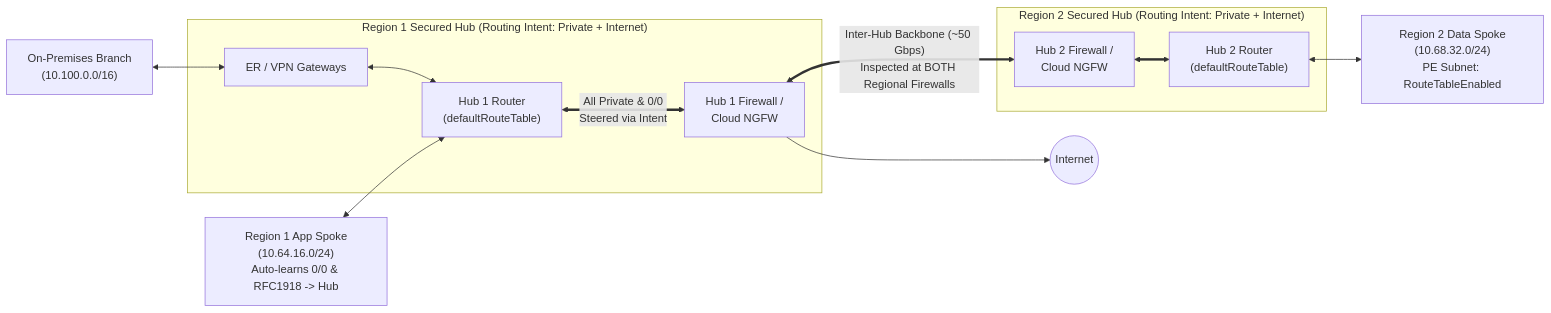
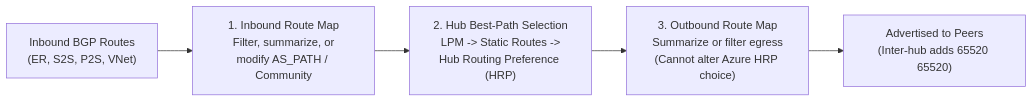
The diagram in src/content/docs/02-core-topologies/virtual-wan-and-routing-intent.md (jonathan-vella/azure-networking), drawn with Mermaid before and after one commit. The commit also changed other lines of this file and 5 other files, not shown here.

````diff
--- a/src/content/docs/02-core-topologies/virtual-wan-and-routing-intent.md
+++ b/src/content/docs/02-core-topologies/virtual-wan-and-routing-intent.md
@@ -55,28 +93,7 @@
 ```mermaid
 flowchart LR
-  subgraph Region1["Region 1 Secured Hub (Routing Intent: Private + Internet)"]
-    ER1["ER / VPN Gateways"]
-    HubRouter1["Hub 1 Router<br/>(defaultRouteTable)"]
-    FW1["Hub 1 Firewall /<br/>Cloud NGFW"]
-  end
-
-  subgraph Region2["Region 2 Secured Hub (Routing Intent: Private + Internet)"]
-    HubRouter2["Hub 2 Router<br/>(defaultRouteTable)"]
-    FW2["Hub 2 Firewall /<br/>Cloud NGFW"]
-  end
-
-  Spoke1["Region 1 App Spoke<br/>(10.64.16.0/24)<br/>Auto-learns 0/0 & RFC1918 -> Hub"]
-  Spoke2["Region 2 Data Spoke<br/>(10.68.32.0/24)<br/>PE Subnet: RouteTableEnabled"]
-  Branch["On-Premises Branch<br/>(10.100.0.0/16)"]
-  Internet(("Internet"))
-
-  Branch <--> ER1
-  ER1 <--> HubRouter1
-  Spoke1 <--> HubRouter1
-  HubRouter1 <== "All Private & 0/0<br/>Steered via Intent" ==> FW1
-  FW1 --> Internet
-
-  FW1 <== "Inter-Hub Backbone (~50 Gbps)<br/>Inspected at BOTH Regional Firewalls" ==> FW2
-  FW2 <==> HubRouter2
-  HubRouter2 <--> Spoke2
+  Ingress["Inbound BGP Routes<br/>(ER, S2S, P2S, VNet)"] --> InRM["1. Inbound Route Map<br/>Filter, summarize, or<br/>modify AS_PATH / Community"]
+  InRM --> RT["2. Hub Best-Path Selection<br/>LPM -> Static Routes -><br/>Hub Routing Preference (HRP)"]
+  RT --> OutRM["3. Outbound Route Map<br/>Summarize or filter egress<br/>(Cannot alter Azure HRP choice)"]
+  OutRM --> Egress["Advertised to Peers<br/>(Inter-hub adds 65520 65520)"]
 ```
````
